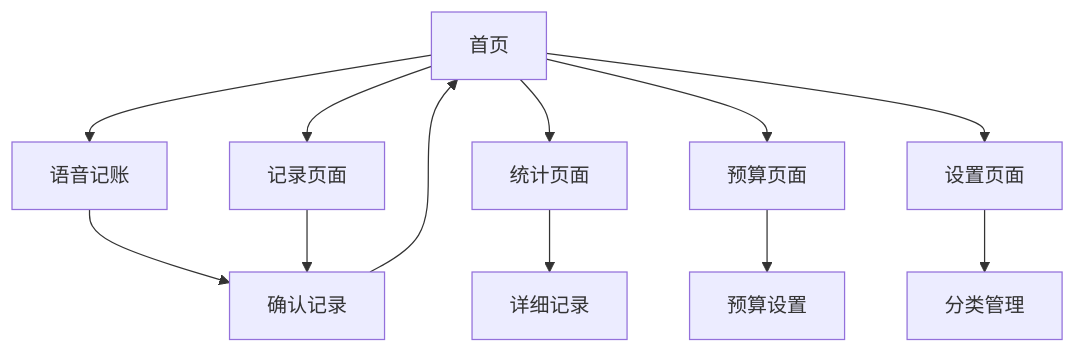
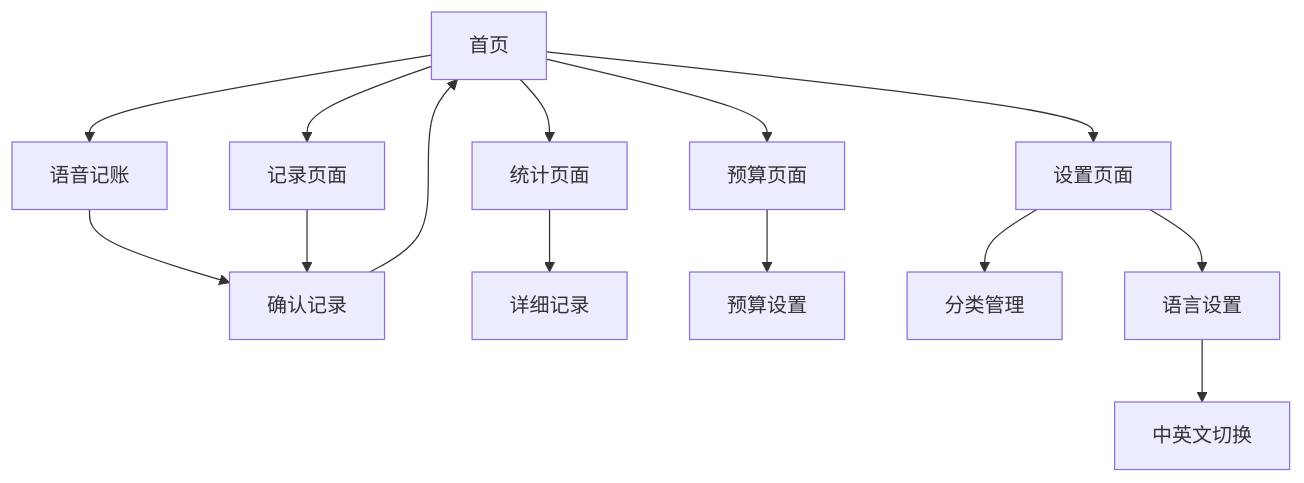
The diagram in .trae/documents/记个大概-产品需求文档.md (codeErrorSleep/simple-accounting), drawn with Mermaid before and after one commit. The commit also changed other lines of this file and 15 other files, not shown here.

````diff
--- a/.trae/documents/记个大概-产品需求文档.md
+++ b/.trae/documents/记个大概-产品需求文档.md
@@ -46,14 +52,16 @@
 ```mermaid
 graph TD
   A[首页] --> B[语音记账]
   A --> C[记录页面]
   A --> D[统计页面]
   A --> E[预算页面]
   A --> F[设置页面]
   B --> G[确认记录]
   C --> G
   G --> A
   D --> H[详细记录]
   E --> I[预算设置]
   F --> J[分类管理]
+  F --> K[语言设置]
+  K --> L[中英文切换]
 ```
````
